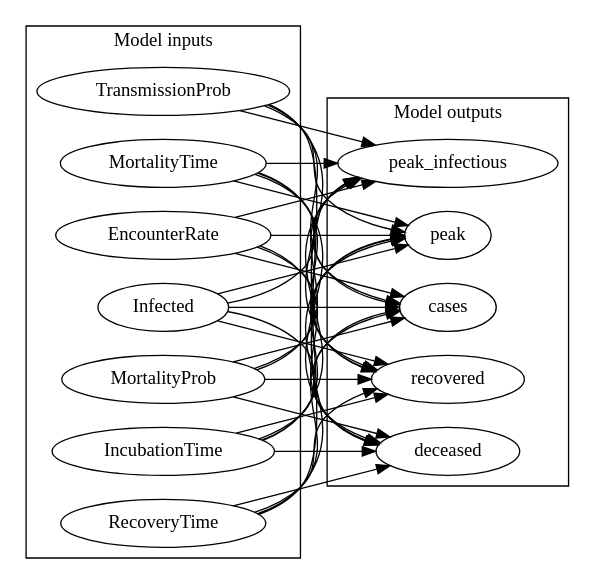
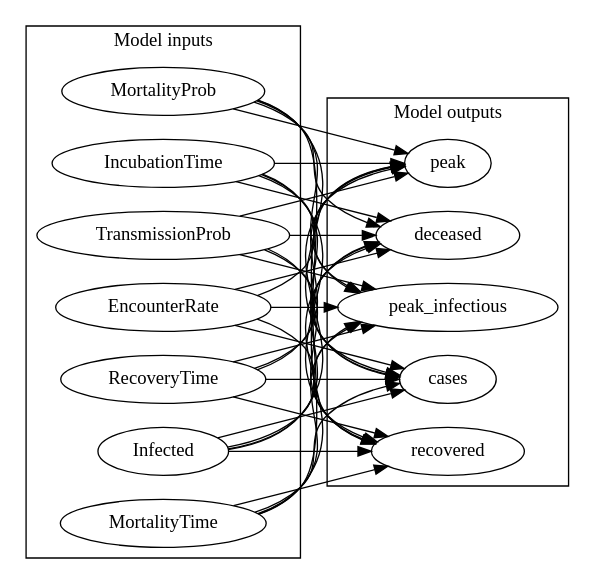
One commit to CITCOM-project/causcumber changed the diagram in scenarios/influenza1918/dags/influenza1918_abstract.dot. Above: the diagram before and after it, drawn with Graphviz. The commit also changed other lines of this file and 1 other file, not shown here.

```diff
--- a/scenarios/influenza1918/dags/influenza1918_abstract.dot
+++ b/scenarios/influenza1918/dags/influenza1918_abstract.dot
@@ -1,58 +1,58 @@
 digraph "" {
 	graph [newrank=True,
 		rankdir=LR
 	];
+	subgraph cluster_inputs {
+		graph [label="Model inputs"];
+		RecoveryTime;
+		Infected;
+		MortalityTime;
+		MortalityProb;
+		IncubationTime;
+		TransmissionProb;
+		EncounterRate;
+	}
 	subgraph cluster_outputs {
 		graph [label="Model outputs"];
+		cases;
+		recovered;
+		peak;
 		deceased;
 		peak_infectious;
-		peak;
-		cases;
-		recovered;
 	}
-	subgraph cluster_inputs {
-		graph [label="Model inputs"];
-		MortalityProb;
-		IncubationTime;
-		RecoveryTime;
-		TransmissionProb;
-		MortalityTime;
-		EncounterRate;
-		Infected;
-	}
+	RecoveryTime -> cases;
+	RecoveryTime -> recovered;
+	RecoveryTime -> peak;
+	RecoveryTime -> deceased;
+	RecoveryTime -> peak_infectious;
+	Infected -> cases;
+	Infected -> recovered;
+	Infected -> peak;
+	Infected -> deceased;
+	Infected -> peak_infectious;
+	MortalityTime -> cases;
+	MortalityTime -> recovered;
+	MortalityTime -> peak;
+	MortalityTime -> deceased;
+	MortalityTime -> peak_infectious;
+	MortalityProb -> cases;
+	MortalityProb -> recovered;
+	MortalityProb -> peak;
 	MortalityProb -> deceased;
 	MortalityProb -> peak_infectious;
-	MortalityProb -> peak;
-	MortalityProb -> cases;
-	MortalityProb -> recovered;
+	IncubationTime -> cases;
+	IncubationTime -> recovered;
+	IncubationTime -> peak;
 	IncubationTime -> deceased;
 	IncubationTime -> peak_infectious;
-	IncubationTime -> peak;
-	IncubationTime -> cases;
-	IncubationTime -> recovered;
-	RecoveryTime -> deceased;
-	RecoveryTime -> peak_infectious;
-	RecoveryTime -> peak;
-	RecoveryTime -> cases;
-	RecoveryTime -> recovered;
+	TransmissionProb -> cases;
+	TransmissionProb -> recovered;
+	TransmissionProb -> peak;
 	TransmissionProb -> deceased;
 	TransmissionProb -> peak_infectious;
-	TransmissionProb -> peak;
-	TransmissionProb -> cases;
-	TransmissionProb -> recovered;
-	MortalityTime -> deceased;
-	MortalityTime -> peak_infectious;
-	MortalityTime -> peak;
-	MortalityTime -> cases;
-	MortalityTime -> recovered;
+	EncounterRate -> cases;
+	EncounterRate -> recovered;
+	EncounterRate -> peak;
 	EncounterRate -> deceased;
 	EncounterRate -> peak_infectious;
-	EncounterRate -> peak;
-	EncounterRate -> cases;
-	EncounterRate -> recovered;
-	Infected -> deceased;
-	Infected -> peak_infectious;
-	Infected -> peak;
-	Infected -> cases;
-	Infected -> recovered;
 }
```
